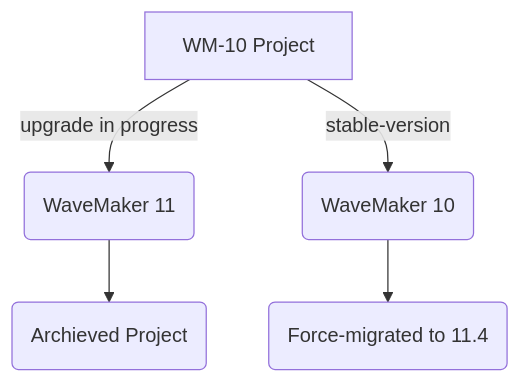
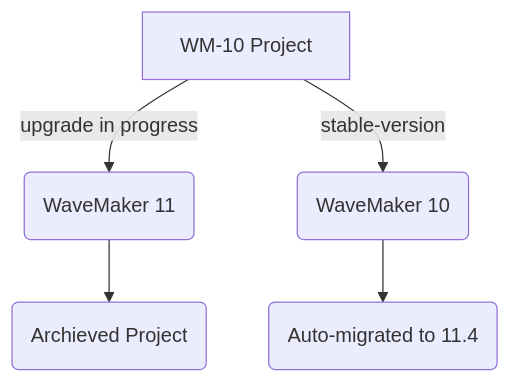
One commit to wavemaker/docs changed the diagram in website/blog/2023-08-11-wavemaker10x-end-of-support.md. Above: the diagram before and after it, drawn with Mermaid. The commit also changed other lines of this file, not shown here.

````diff
--- a/website/blog/2023-08-11-wavemaker10x-end-of-support.md
+++ b/website/blog/2023-08-11-wavemaker10x-end-of-support.md
@@ -44,8 +50,8 @@
 ```mermaid
 flowchart TD
     A[WM-10 Project] -->|upgrade in progress| B(WaveMaker 11)
     A[WM-10 Project] -->|stable-version| C(WaveMaker 10)
     B --> D(Archieved Project)
-    C --> E(Force-migrated to 11.4)
+    C --> E(Auto-migrated to 11.4)
     
 ```
````
